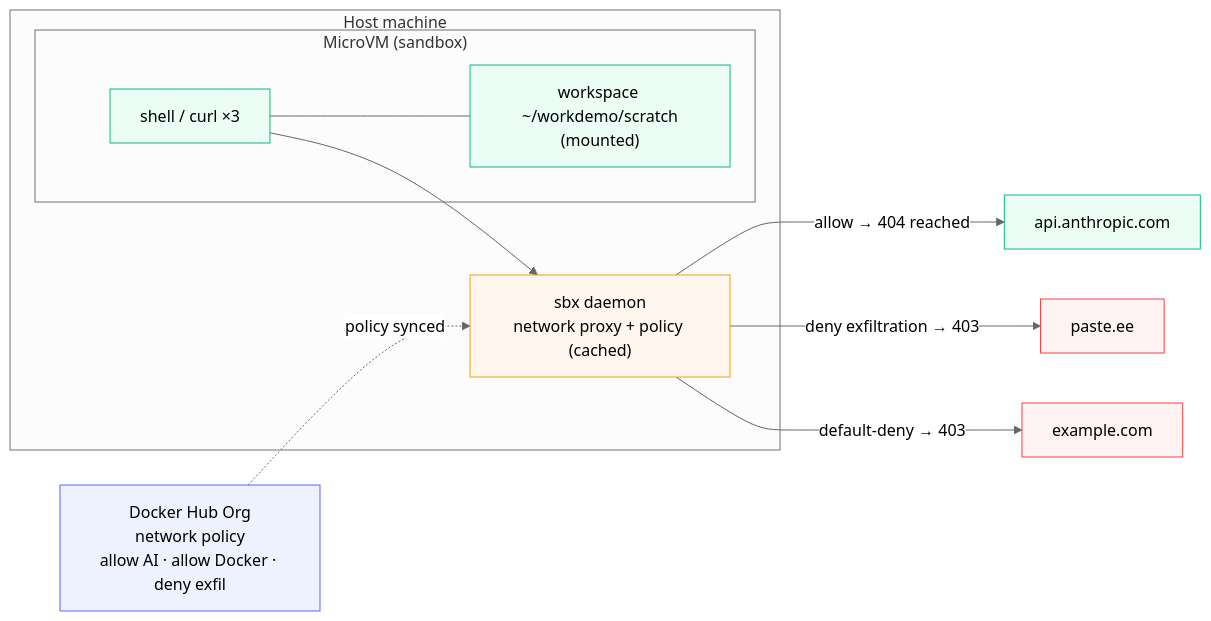
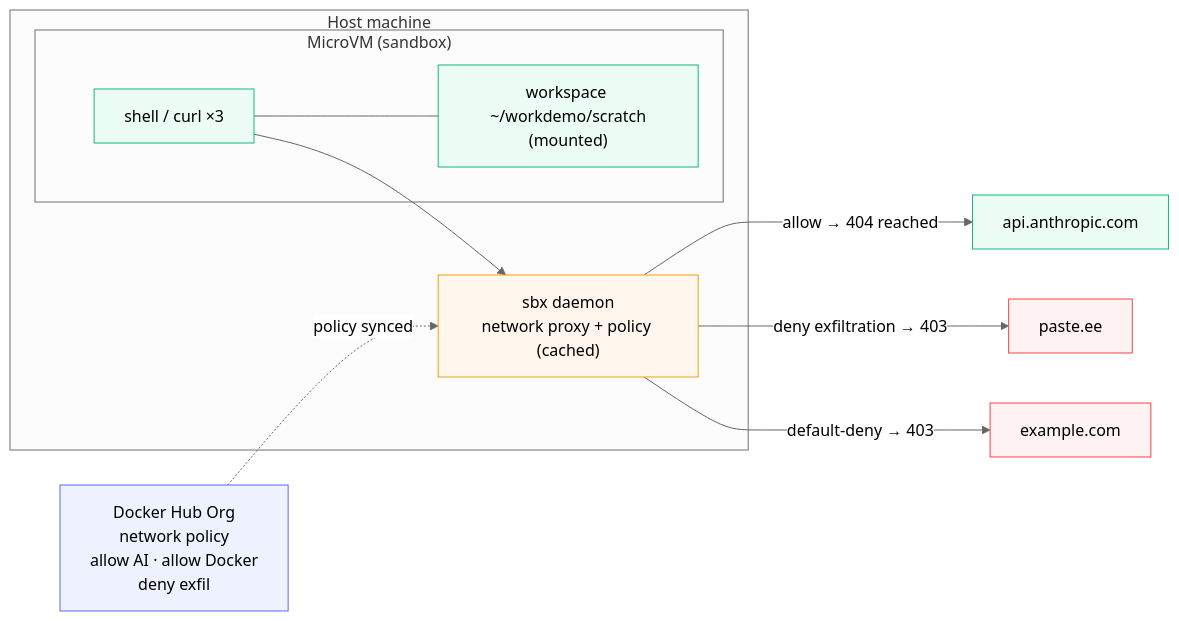
One commit to ajeetraina/labspace-docker-ai-governance changed the diagram in labspace/03-network-demo.md. Above: the diagram before and after it, drawn with Mermaid (neutral theme). The commit also changed 14 other files, not shown here.

First line of the commit message:
Fix diagram text overflow: wrap long labels, shorten wide subgraph titles

````diff
--- a/labspace/03-network-demo.md
+++ b/labspace/03-network-demo.md
@@ -3,28 +3,28 @@
 ```mermaid
 flowchart LR
-    HUB["Docker Hub Org<br/>network policy<br/>allow AI · allow Docker · deny exfil"]
+    HUB["Docker Hub Org<br/>network policy<br/>allow AI · allow Docker<br/>deny exfil"]
     subgraph HOST["Host machine"]
         PROXY["sbx daemon<br/>network proxy + policy (cached)"]
         subgraph VM["MicroVM (sandbox)"]
             C["shell / curl ×3"]
             WS["workspace ~/workdemo/scratch<br/>(mounted)"]
             C --- WS
         end
         C --> PROXY
     end
     HUB -. "policy synced" .-> PROXY
     PROXY -->|"allow → 404 reached"| A["api.anthropic.com"]
     PROXY -->|"deny exfiltration → 403"| B["paste.ee"]
     PROXY -->|"default-deny → 403"| E["example.com"]
 
     classDef vm fill:#ecfdf5,stroke:#10b981,color:#000
     classDef pol fill:#fff7ed,stroke:#f59e0b,color:#000
     classDef hub fill:#eef2ff,stroke:#6366f1,color:#000
     classDef ok fill:#ecfdf5,stroke:#10b981,color:#000
     classDef deny fill:#fef2f2,stroke:#ef4444,color:#000
     class C,WS vm
     class PROXY pol
     class HUB hub
     class A ok
     class B,E deny
 ```
````
